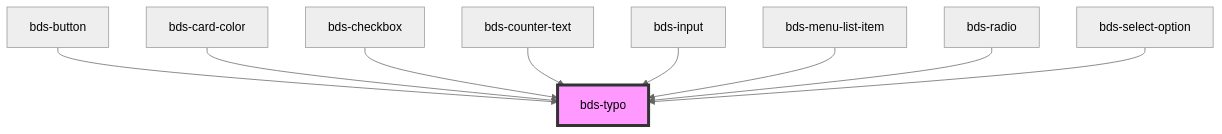
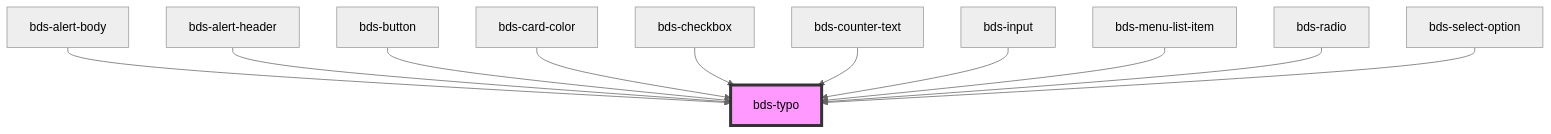
The diagram in src/components/typo/readme.md (takenet/blip-ds), drawn with Mermaid (neutral theme) before and after one commit. The commit also changed other lines of this file and 23 other files, not shown here.

````diff
--- a/src/components/typo/readme.md
+++ b/src/components/typo/readme.md
@@ -35,12 +37,14 @@
 ```mermaid
 graph TD;
+  bds-alert-body --> bds-typo
+  bds-alert-header --> bds-typo
   bds-button --> bds-typo
   bds-card-color --> bds-typo
   bds-checkbox --> bds-typo
   bds-counter-text --> bds-typo
   bds-input --> bds-typo
   bds-menu-list-item --> bds-typo
   bds-radio --> bds-typo
   bds-select-option --> bds-typo
   style bds-typo fill:#f9f,stroke:#333,stroke-width:4px
 ```
````
